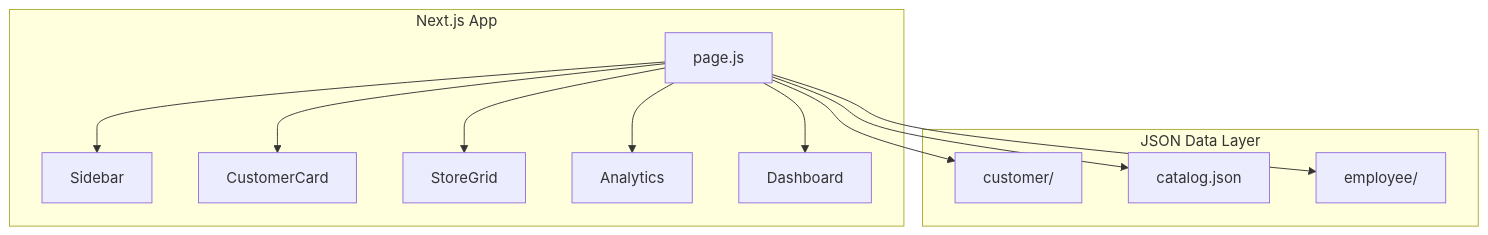
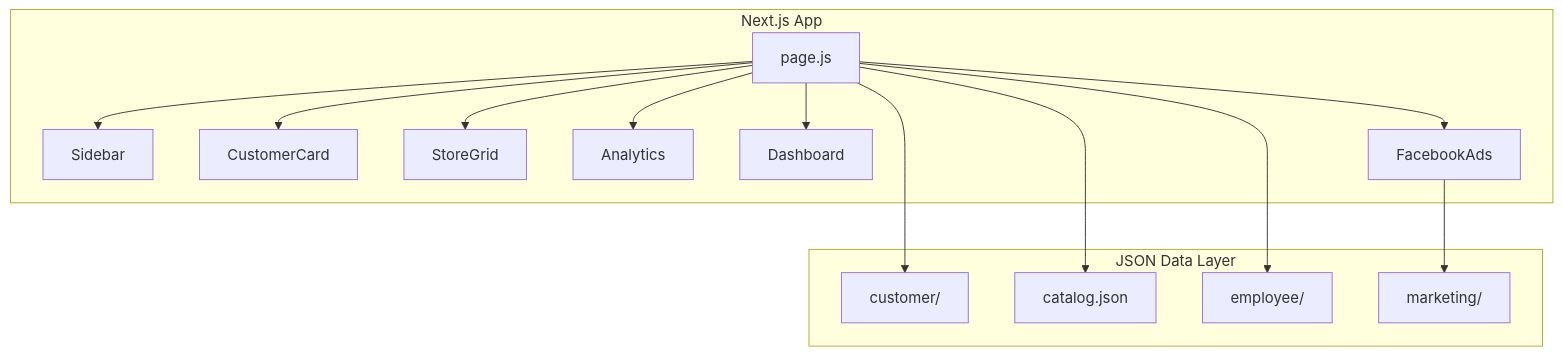
The first of 3 diagrams in doc/overview.md (Freshair129/data_hub), drawn with Mermaid before and after one commit. The commit also changed other lines of this file, not shown here.

Commit message:
Update system overview documentation to include Facebook Ads and AI Strategic Advisor

````diff
--- a/doc/overview.md
+++ b/doc/overview.md
@@ -10,20 +10,23 @@
 ```mermaid
 graph TD
     subgraph Frontend["Next.js App"]
         A["page.js"] --> B["Sidebar"]
         A --> C["CustomerCard"]
         A --> D["StoreGrid"]
         A --> E["Analytics"]
         A --> F["Dashboard"]
+        A --> FB["FacebookAds"]
     end
     
     subgraph Data["JSON Data Layer"]
         G["customer/"]
         H["catalog.json"]
         I["employee/"]
+        J["marketing/"]
     end
     
     A --> G
     A --> H
     A --> I
+    FB --> J
 ```
````
